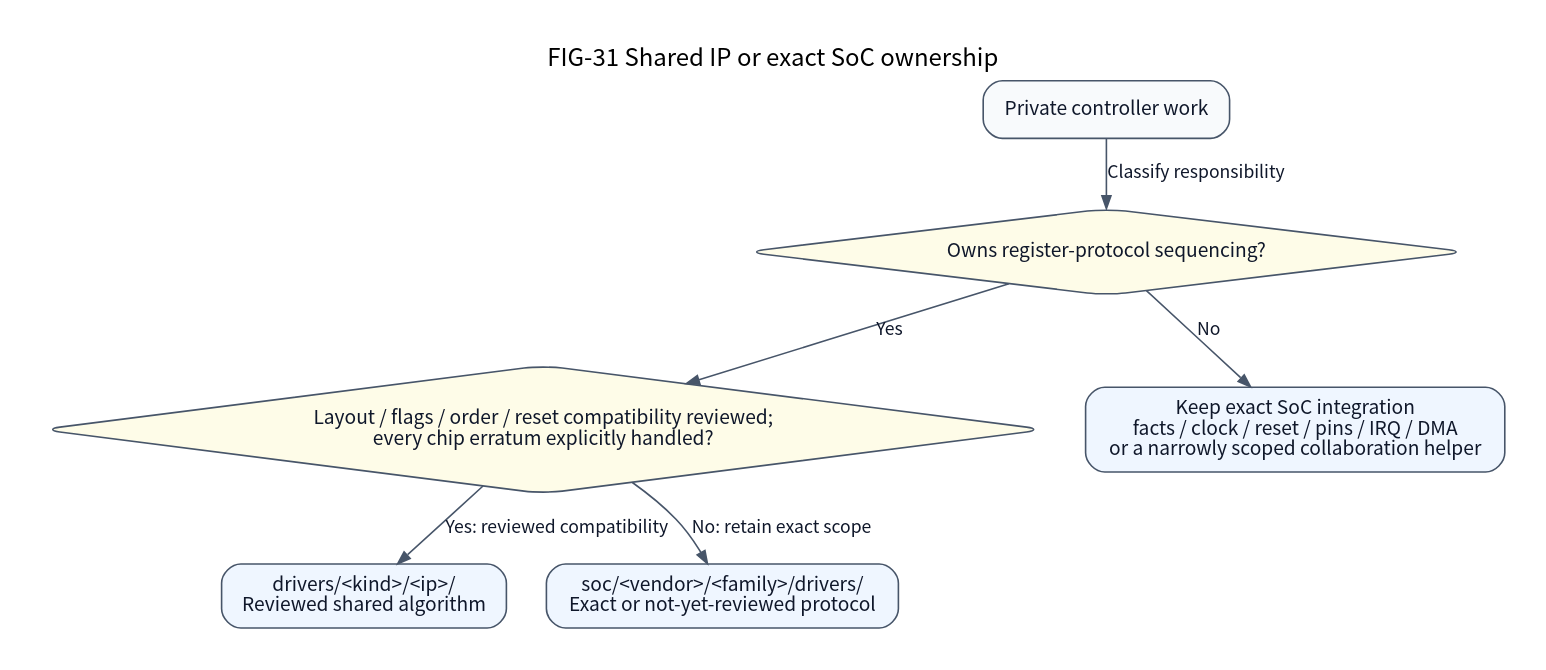
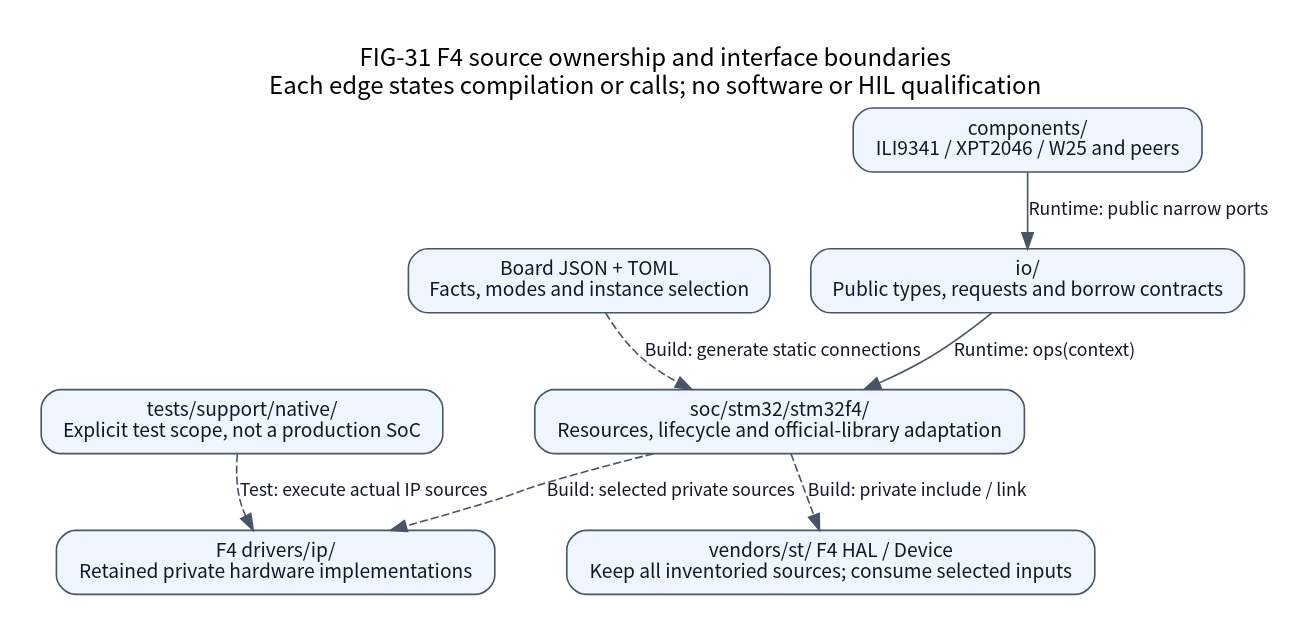
One commit to X-Gen-Lab/nexus changed the diagram in docs/assets/diagrams/localized/en/driver-source-ownership.dot. Above: the diagram before and after it, drawn with Graphviz. The commit also changed 2170 other files, not shown here.

```diff
--- a/docs/assets/diagrams/localized/en/driver-source-ownership.dot
+++ b/docs/assets/diagrams/localized/en/driver-source-ownership.dot
@@ -1,28 +1,19 @@
-// FIG-31 current: maintenance decisions, not runtime calls or qualification.
-// Source basis: 7b985c4c source layout and docs/guides/provider-porting.md.
-digraph DriverSourceOwnership {
-    graph [label="FIG-31 Shared IP or exact SoC ownership",
-           rankdir=TB, bgcolor="white", pad=0.25, nodesep=0.35,
-           ranksep=0.45, fontname="Noto Sans CJK SC", fontsize=15,
-           labelloc=t];
-    node [shape=box, style="rounded,filled", fillcolor="#eff6ff",
-          color="#475569", fontcolor="#0f172a", fontname="Noto Sans CJK SC",
-          fontsize=12, margin="0.16,0.10"];
-    edge [color="#475569", fontcolor="#0f172a",
-          fontname="Noto Sans CJK SC", fontsize=11, arrowsize=0.8];
-
-    work [label="Private controller work", fillcolor="#f8fafc"];
-    protocol [label="Owns register-protocol sequencing?", shape=diamond,
-              fillcolor="#fefce8"];
-    reviewed [label="Layout / flags / order / reset compatibility reviewed;\nevery chip erratum explicitly handled?",
-              shape=diamond, fillcolor="#fefce8"];
-    integration [label="Keep exact SoC integration\nfacts / clock / reset / pins / IRQ / DMA\nor a narrowly scoped collaboration helper"];
-    shared [label="drivers/<kind>/<ip>/\nReviewed shared algorithm"];
-    exact [label="soc/<vendor>/<family>/drivers/\nExact or not-yet-reviewed protocol"];
-
-    work -> protocol [label="Classify responsibility"];
-    protocol -> integration [label="No"];
-    protocol -> reviewed [label="Yes"];
-    reviewed -> shared [label="Yes: reviewed compatibility"];
-    reviewed -> exact [label="No: retain exact scope"];
+// FIG-31 current: F4 source ownership; labels distinguish calls and build inputs.
+digraph F4SourceOwnership {
+  graph [rankdir=TB, bgcolor="white", pad=0.25, nodesep=0.35, ranksep=0.5, fontname="Noto Sans CJK SC", fontsize=15, labelloc=t, label="FIG-31 F4 source ownership and interface boundaries\nEach edge states compilation or calls; no software or HIL qualification"];
+  node [shape=box, style="rounded,filled", fillcolor="#eff6ff", color="#475569", fontcolor="#0f172a", fontname="Noto Sans CJK SC", fontsize=12, margin="0.16,0.10"];
+  edge [color="#475569", fontcolor="#0f172a", fontname="Noto Sans CJK SC", fontsize=11];
+  io [label="io/\nPublic types, requests and borrow contracts"];
+  f4 [label="soc/stm32/stm32f4/\nResources, lifecycle and official-library adaptation"];
+  ip [label="F4 drivers/ip/\nRetained private hardware implementations"];
+  vendor [label="vendors/st/ F4 HAL / Device\nKeep all inventoried sources; consume selected inputs"];
+  host [label="tests/support/native/\nExplicit test scope, not a production SoC"];
+  components [label="components/\nILI9341 / XPT2046 / W25 and peers"];
+  config [label="Board JSON + TOML\nFacts, modes and instance selection"];
+  io -> f4 [label="Runtime: ops(context)"];
+  f4 -> ip [label="Build: selected private sources", style=dashed];
+  f4 -> vendor [label="Build: private include / link", style=dashed];
+  host -> ip [label="Test: execute actual IP sources", style=dashed];
+  components -> io [label="Runtime: public narrow ports"];
+  config -> f4 [label="Build: generate static connections", style=dashed];
 }
```
